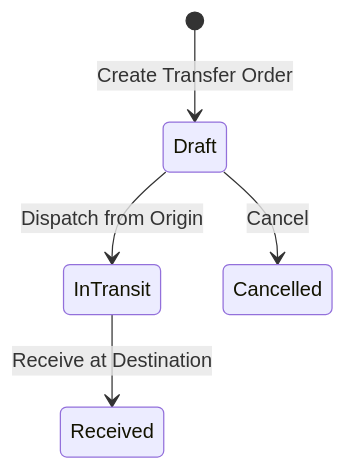
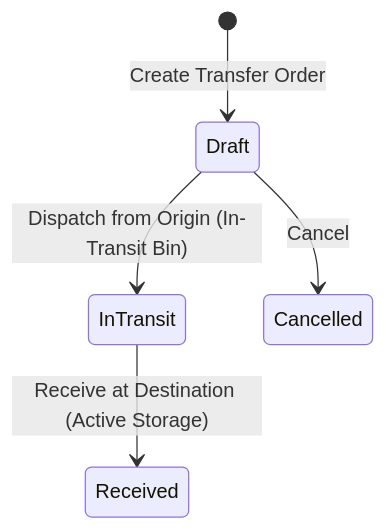
One commit to herobmdotcom/herobm changed the diagram in docs/user/transfers_quarantine.md. Above: the diagram before and after it, drawn with Mermaid. The commit also changed other lines of this file and 168 other files, not shown here.

````diff
--- a/docs/user/transfers_quarantine.md
+++ b/docs/user/transfers_quarantine.md
@@ -41,7 +45,7 @@
 ```mermaid
 stateDiagram-v2
     [*] --> Draft : Create Transfer Order
-    Draft --> InTransit : Dispatch from Origin
-    InTransit --> Received : Receive at Destination
+    Draft --> InTransit : Dispatch from Origin (In-Transit Bin)
+    InTransit --> Received : Receive at Destination (Active Storage)
     Draft --> Cancelled : Cancel
 ```
````
